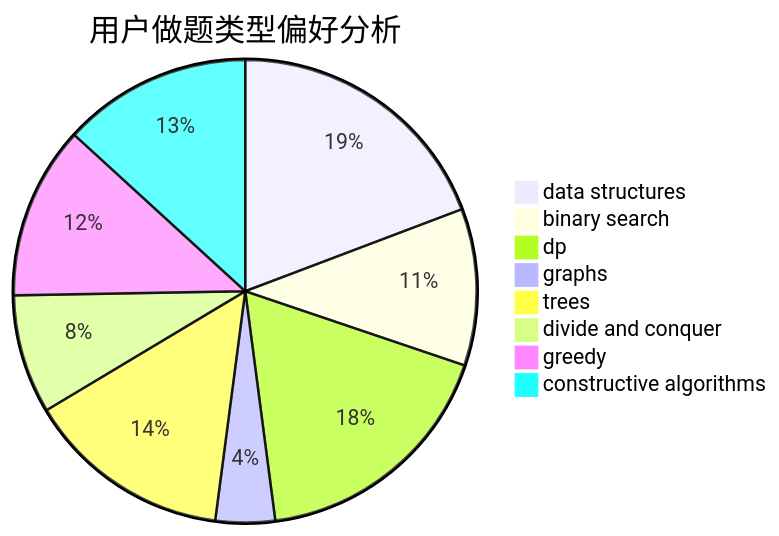
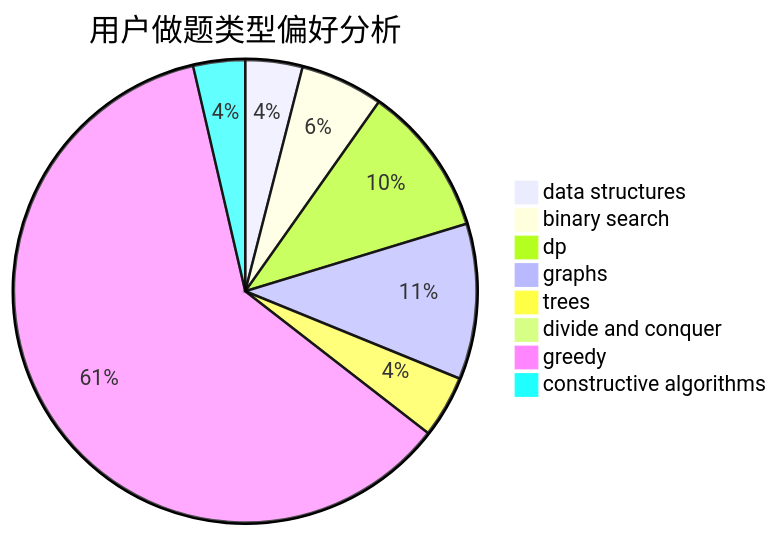
Before and after one commit to sherpahu/cfrs.github.io: the second of 3 diagrams in docs/user/u2622.md, drawn with Mermaid. The commit also changed other lines of this file and 2770 other files, not shown here.

````diff
--- a/docs/user/u2622.md
+++ b/docs/user/u2622.md
@@ -23,11 +23,11 @@
 ```mermaid
 pie title 用户做题类型偏好分析
-    "data structures" :  51
-    "binary search" :  29
-    "dp" :  47
-    "graphs" :  11
-    "trees" :  38
-    "divide and conquer" :  22
-    "greedy" :  32
-    "constructive algorithms" :  35
+    "data structures" :  11
+    "binary search" :  16
+    "dp" :  29
+    "graphs" :  30
+    "trees" :  12
+    "divide and conquer" :  1
+    "greedy" :  168
+    "constructive algorithms" :  10
 ```
````
